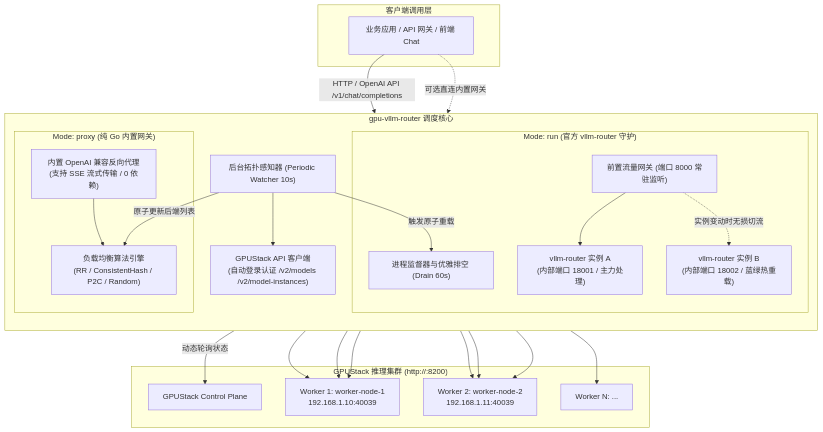
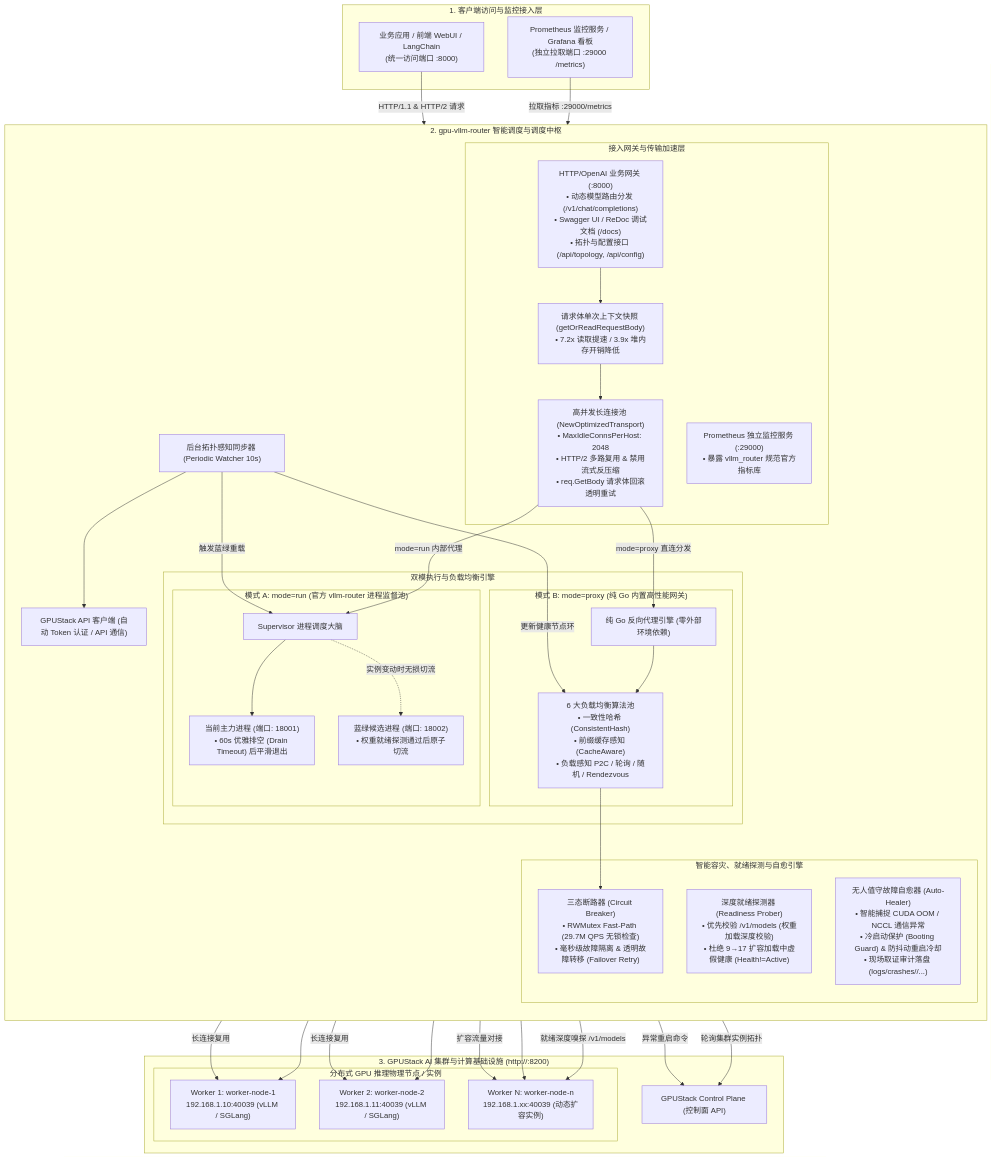
Before and after one commit to CodeFindc/gpu-vllm-router-cli: the first of 4 diagrams in README.md, drawn with Mermaid. The commit also changed other lines of this file, not shown here.

First line of the commit message:
docs(readme): enrich architecture topology, readiness probe, auto-heal, and prometheus metrics

````diff
--- a/README.md
+++ b/README.md
@@ -42,52 +51,77 @@
 ```mermaid
 flowchart TD
-    subgraph ClientLayer ["客户端调用层"]
-        Client["业务应用 / API 网关 / 前端 Chat"]
+    subgraph ClientAndObservability ["1. 客户端访问与监控接入层"]
+        ClientApp["业务应用 / 前端 WebUI / LangChain<br/>(统一访问端口 :8000)"]
+        PrometheusNode["Prometheus 监控服务 / Grafana 看板<br/>(独立拉取端口 :29000 /metrics)"]
     end
 
-    subgraph RouterCore ["gpu-vllm-router 调度核心"]
+    subgraph RouterCore ["2. gpu-vllm-router 智能调度与调度中枢"]
         direction TB
-        subgraph ModeRun ["Mode: run (官方 vllm-router 守护)"]
-            FrontProxy["前置流量网关 (端口 8000 常驻监听)"]
-            BlueProc["vllm-router 实例 A<br/>(内部端口 18001 / 主力处理)"]
-            GreenProc["vllm-router 实例 B<br/>(内部端口 18002 / 蓝绿热重载)"]
-            Supervisor["进程监督器与优雅排空 (Drain 60s)"]
+        
+        subgraph Gateways ["接入网关与传输加速层"]
+            FrontGW["HTTP/OpenAI 业务网关 (:8000)<br/>• 动态模型路由分发 (/v1/chat/completions)<br/>• Swagger UI / ReDoc 调试文档 (/docs)<br/>• 拓扑与配置接口 (/api/topology, /api/config)"]
+            MetricsGW["Prometheus 独立监控服务 (:29000)<br/>• 暴露 vllm_router 规范官方指标库"]
+            ConnPool["高并发长连接池 (NewOptimizedTransport)<br/>• MaxIdleConnsPerHost: 2048<br/>• HTTP/2 多路复用 & 禁用流式反压缩<br/>• req.GetBody 请求体回滚透明重试"]
+            BodyCache["请求体单次上下文快照 (getOrReadRequestBody)<br/>• 7.2x 读取提速 / 3.9x 堆内存开销降低"]
         end
 
-        subgraph ModeProxy ["Mode: proxy (纯 Go 内置网关)"]
-            GoProxy["内置 OpenAI 兼容反向代理<br/>(支持 SSE 流式传输 / 0 依赖)"]
-            Balancer["负载均衡算法引擎<br/>(RR / ConsistentHash / P2C / Random)"]
+        subgraph DualEngines ["双模执行与负载均衡引擎"]
+            subgraph ModeRun ["模式 A: mode=run (官方 vllm-router 进程监督池)"]
+                Supervisor["Supervisor 进程调度大脑"]
+                CandidateProc["蓝绿候选进程 (端口: 18002)<br/>• 权重就绪探测通过后原子切流"]
+                ActiveProc["当前主力进程 (端口: 18001)<br/>• 60s 优雅排空 (Drain Timeout) 后平滑退出"]
+            end
+
+            subgraph ModeProxy ["模式 B: mode=proxy (纯 Go 内置高性能网关)"]
+                GoProxy["纯 Go 反向代理引擎 (零外部环境依赖)"]
+                Balancers["6 大负载均衡算法池<br/>• 一致性哈希 (ConsistentHash)<br/>• 前缀缓存感知 (CacheAware)<br/>• 负载感知 P2C / 轮询 / 随机 / Rendezvous"]
+            end
         end
 
-        Watcher["后台拓扑感知器 (Periodic Watcher 10s)"]
-        GPUStackClient["GPUStack API 客户端<br/>(自动登录认证 /v2/models /v2/model-instances)"]
+        subgraph FaultTolerance ["智能容灾、就绪探测与自愈引擎"]
+            FastBreaker["三态断路器 (Circuit Breaker)<br/>• RWMutex Fast-Path (29.7M QPS 无锁检查)<br/>• 毫秒级故障隔离 & 透明故障转移 (Failover Retry)"]
+            ReadinessProbe["深度就绪探测器 (Readiness Prober)<br/>• 优先校验 /v1/models (权重加载深度校验)<br/>• 杜绝 9→17 扩容加载中虚假健康 (Health!=Active)"]
+            AutoHealer["无人值守故障自愈器 (Auto-Healer)<br/>• 智能捕捉 CUDA OOM / NCCL 通信异常<br/>• 冷启动保护 (Booting Guard) & 防抖动重启冷却<br/>• 现场取证审计落盘 (logs/crashes/<model>/...)"]
+        end
+
+        TopologyWatcher["后台拓扑感知同步器 (Periodic Watcher 10s)"]
+        GPUStackClient["GPUStack API 客户端 (自动 Token 认证 / API 通信)"]
     end
 
-    subgraph GPUStackCluster ["GPUStack 推理集群 (http://<GPUSTACK_HOST>:8200)"]
-        GS_API["GPUStack Control Plane"]
-        W1["Worker 1: worker-node-1<br/>192.168.1.10:40039"]
-        W2["Worker 2: worker-node-2<br/>192.168.1.11:40039"]
-        WN["Worker N: ..."]
+    subgraph GPUStackInfra ["3. GPUStack AI 集群与计算基础设施 (http://<GPUSTACK>:8200)"]
+        GS_ControlPlane["GPUStack Control Plane (控制面 API)"]
+        subgraph GPUWorkers ["分布式 GPU 推理物理节点 / 实例"]
+            W1["Worker 1: worker-node-1<br/>192.168.1.10:40039 (vLLM / SGLang)"]
+            W2["Worker 2: worker-node-2<br/>192.168.1.11:40039 (vLLM / SGLang)"]
+            WN["Worker N: worker-node-n<br/>192.168.1.xx:40039 (动态扩容实例)"]
+        end
     end
 
-    Client -->|HTTP / OpenAI API /v1/chat/completions| FrontProxy
-    Client -.->|可选直连内置网关| GoProxy
+    ClientApp -->|"HTTP/1.1 & HTTP/2 请求"| FrontGW
+    PrometheusNode -->|"拉取指标 :29000/metrics"| MetricsGW
 
-    FrontProxy --> BlueProc
-    FrontProxy -.->|实例变动时无损切流| GreenProc
+    FrontGW --> BodyCache
+    BodyCache --> ConnPool
 
-    BlueProc --> W1
-    BlueProc --> W2
-    GreenProc --> W1
-    GreenProc --> W2
-    GreenProc --> WN
+    ConnPool -->|"mode=run 内部代理"| Supervisor
+    Supervisor --> ActiveProc
+    Supervisor -.->|"实例变动时无损切流"| CandidateProc
 
-    GoProxy --> Balancer
-    Balancer --> W1
-    Balancer --> W2
+    ActiveProc -->|"长连接复用"| W1
+    ActiveProc -->|"长连接复用"| W2
+    CandidateProc -->|"扩容流量对接"| WN
 
-    Watcher --> GPUStackClient
-    GPUStackClient -->|动态轮询状态| GS_API
-    Watcher -->|触发原子重载| Supervisor
-    Watcher -->|原子更新后端列表| Balancer
+    ConnPool -->|"mode=proxy 直连分发"| GoProxy
+    GoProxy --> Balancers
+    Balancers --> FastBreaker
+    FastBreaker --> W1
+    FastBreaker --> W2
+    FastBreaker --> WN
+
+    ReadinessProbe -->|"就绪深度嗅探 /v1/models"| WN
+    AutoHealer -->|"异常重启命令"| GS_ControlPlane
+    TopologyWatcher --> GPUStackClient
+    GPUStackClient -->|"轮询集群实例拓扑"| GS_ControlPlane
+    TopologyWatcher -->|"触发蓝绿重载"| Supervisor
+    TopologyWatcher -->|"更新健康节点环"| Balancers
 ```
````
